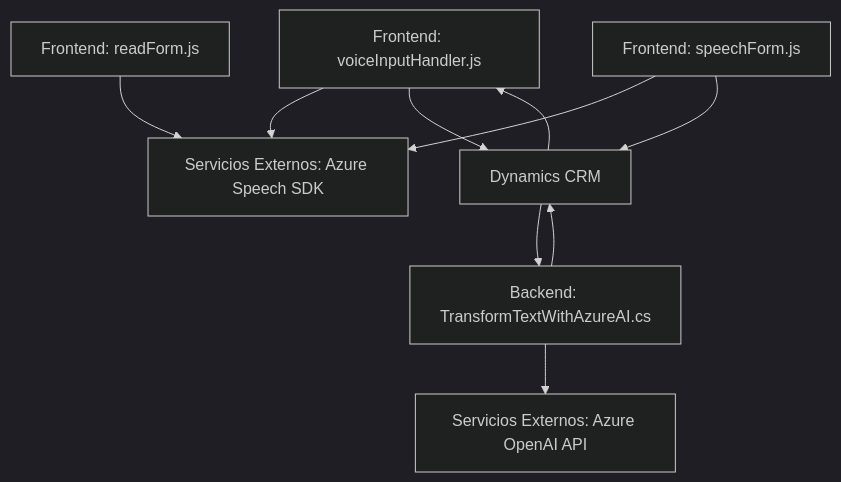
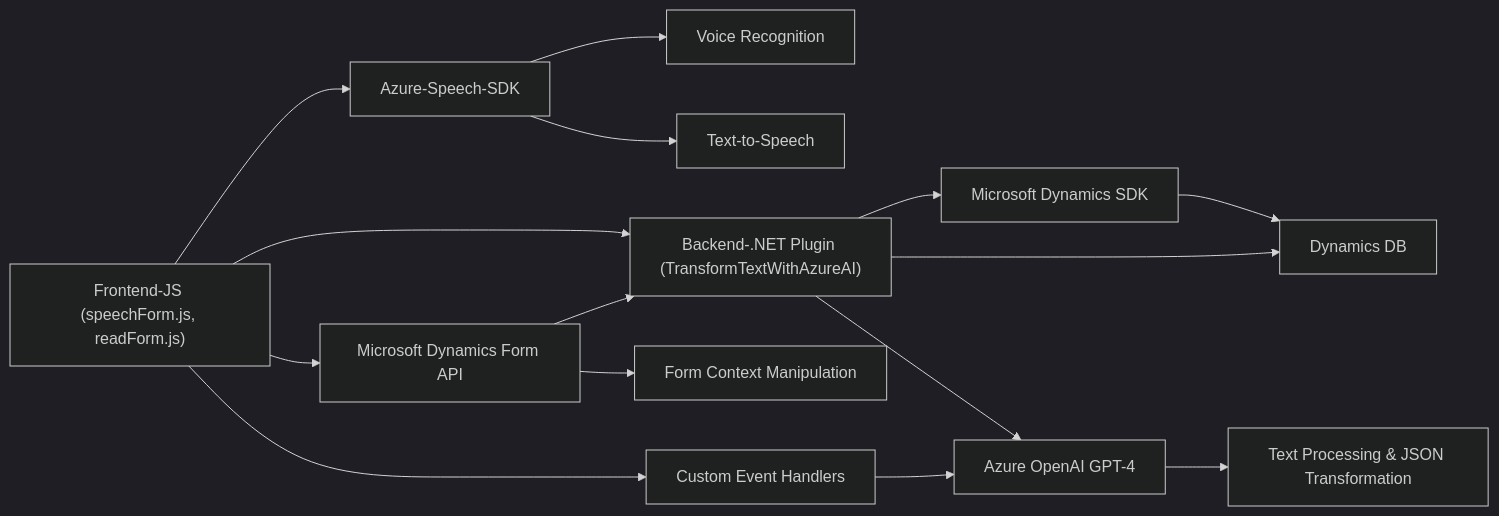
Before and after one commit to blopezdm/NETCORE_BILBAO2025: the diagram in README.md, drawn with Mermaid (dark theme). The commit also changed other lines of this file, not shown here.

````diff
--- a/README.md
+++ b/README.md
@@ -53,20 +48,19 @@
 ```mermaid
-graph TD
-    A["Frontend: voiceInputHandler.js"]
-    B["Frontend: readForm.js"]
-    C["Frontend: speechForm.js"]
-    D["Backend: TransformTextWithAzureAI.cs"]
-    E["Servicios Externos: Azure Speech SDK"]
-    F["Servicios Externos: Azure OpenAI API"]
-    G["Dynamics CRM"]
+graph LR
+    A["Frontend-JS (speechForm.js, readForm.js)"] --> B["Azure-Speech-SDK"]
+    A --> C["Microsoft Dynamics Form API"]
+    B --> D["Voice Recognition"]
+    B --> E["Text-to-Speech"]
+    A --> F["Custom Event Handlers"]
+    C --> G["Form Context Manipulation"]
 
-    A --> E
-    B --> E
-    C --> E
-    A --> G
-    C --> G
-    D --> F
-    D --> G
-    G --> D
-    G --> A
+    H["Backend-.NET Plugin (TransformTextWithAzureAI)"] --> I["Microsoft Dynamics SDK"]
+    H --> J["Azure OpenAI GPT-4"]
+    J --> K["Text Processing & JSON Transformation"]
+    I --> L["Dynamics DB"]
+    H --> L
+
+    A --> H
+    F --> J
+    C --> H
 ```
````
